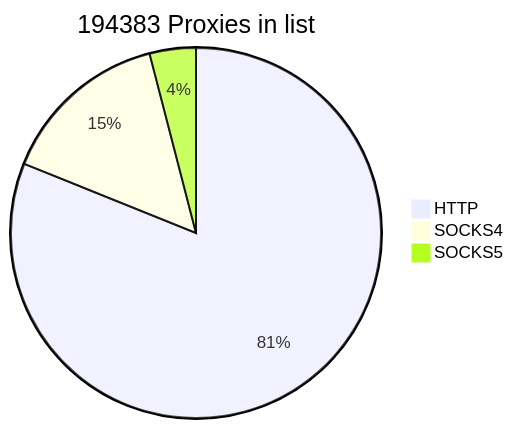
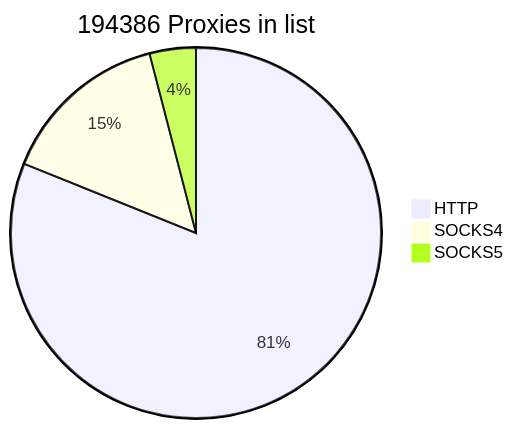
Before and after one commit to cutipu/proxylist: the first of 2 diagrams in README.md, drawn with Mermaid. The commit also changed other lines of this file, not shown here.

````diff
--- a/README.md
+++ b/README.md
@@ -2,7 +2,7 @@
 ```mermaid
-pie title 194383 Proxies in list
+pie title 194386 Proxies in list
     "HTTP" : 157631
-    "SOCKS4" : 28915
-    "SOCKS5" : 7837
+    "SOCKS4" : 28917
+    "SOCKS5" : 7838
             
 ```
````
